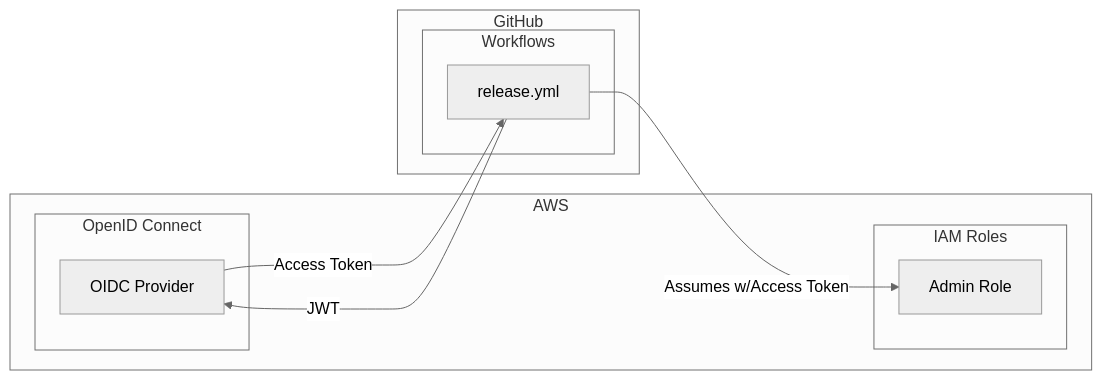
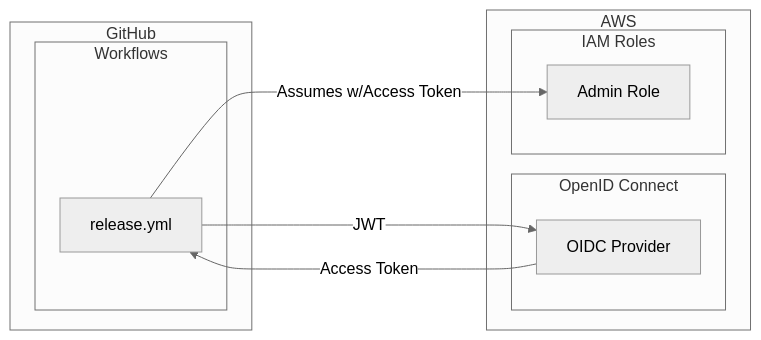
One commit to capralifecycle/terraform-github-aws-oidc changed the second of 2 diagrams in README.md. Above: the diagram before and after it, drawn with Mermaid (neutral theme). The commit also changed other lines of this file, not shown here.

````diff
--- a/README.md
+++ b/README.md
@@ -52,20 +52,20 @@
 ```mermaid
 flowchart LR
+    subgraph github[GitHub]
+        subgraph gha_workflows[Workflows]
+            wf[release.yml]
+        end
+    end
     subgraph aws[AWS]
         subgraph oidc[OpenID Connect]
             provider[OIDC Provider]
         end
         subgraph iam_roles[IAM Roles]
             role[Admin Role]
         end
     end
-    subgraph github[GitHub]
-        subgraph gha_workflows[Workflows]
-            wf[release.yml]
-        end
-    end
-
+    
     wf -- JWT --> provider
     provider -- Access Token --> wf
     wf -- Assumes w/Access Token --> role
 ```
````
